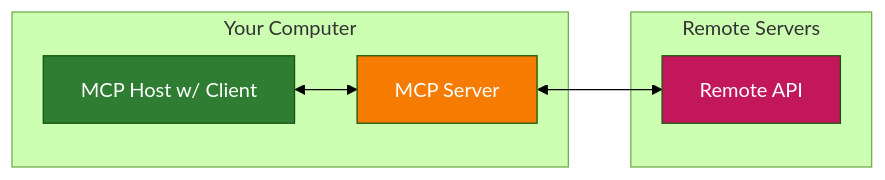
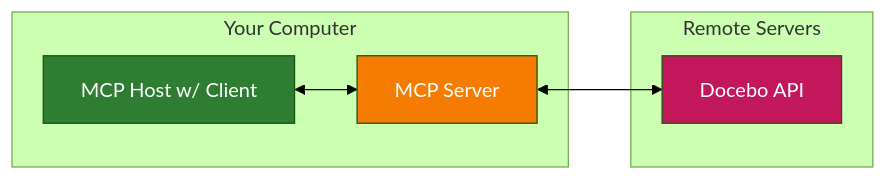
The diagram in README.md (riccardo-larosa/docebo-mcp-server), drawn with Mermaid (forest theme) before and after one commit. The commit also changed other lines of this file and 2 other files, not shown here.

````diff
--- a/README.md
+++ b/README.md
@@ -113,19 +177,18 @@
 ```mermaid
 graph LR
     subgraph "Your Computer"
         C1[MCP Host w/ Client]
         S1[MCP Server]
     end
-    
+
     subgraph "Remote Servers"
-        API1[Remote API]
+        API1[Docebo API]
     end
-    
+
     C1 <--> S1
     S1 <--> API1
 
   style C1 fill:#2e7d32,color:#ffffff
   style S1 fill:#f57c00,color:#ffffff
   style API1 fill:#c2185b,color:#ffffff
-
 ```
````
